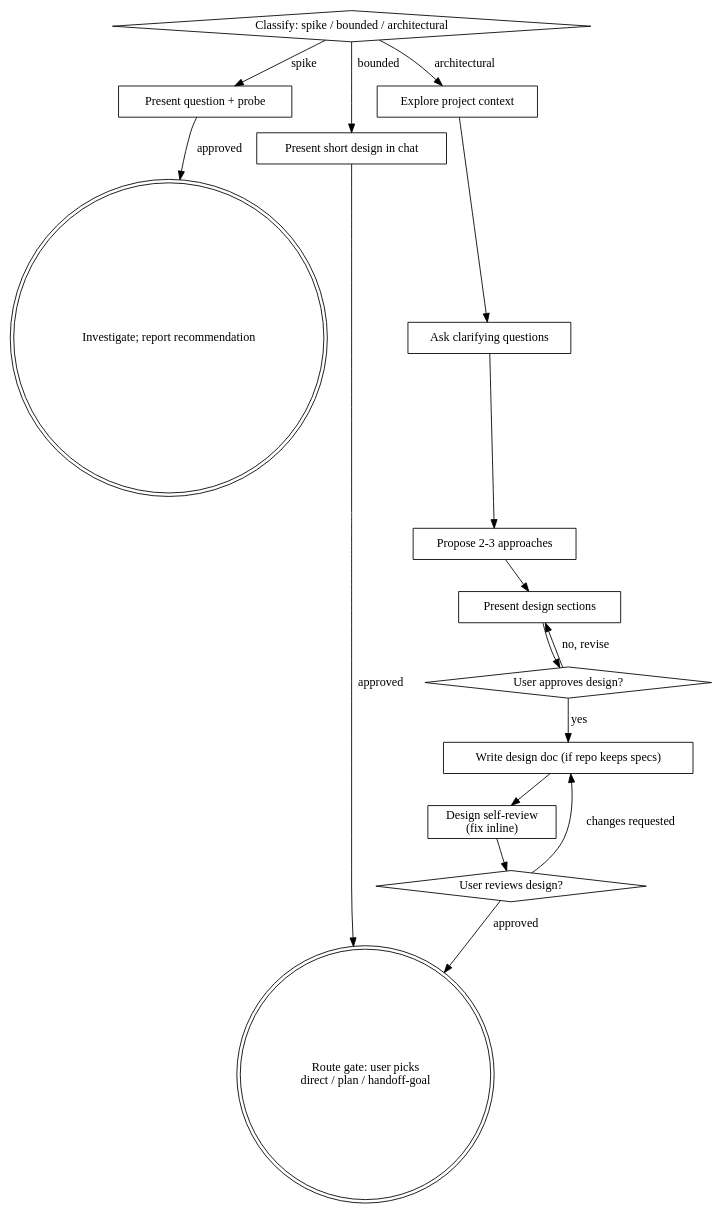
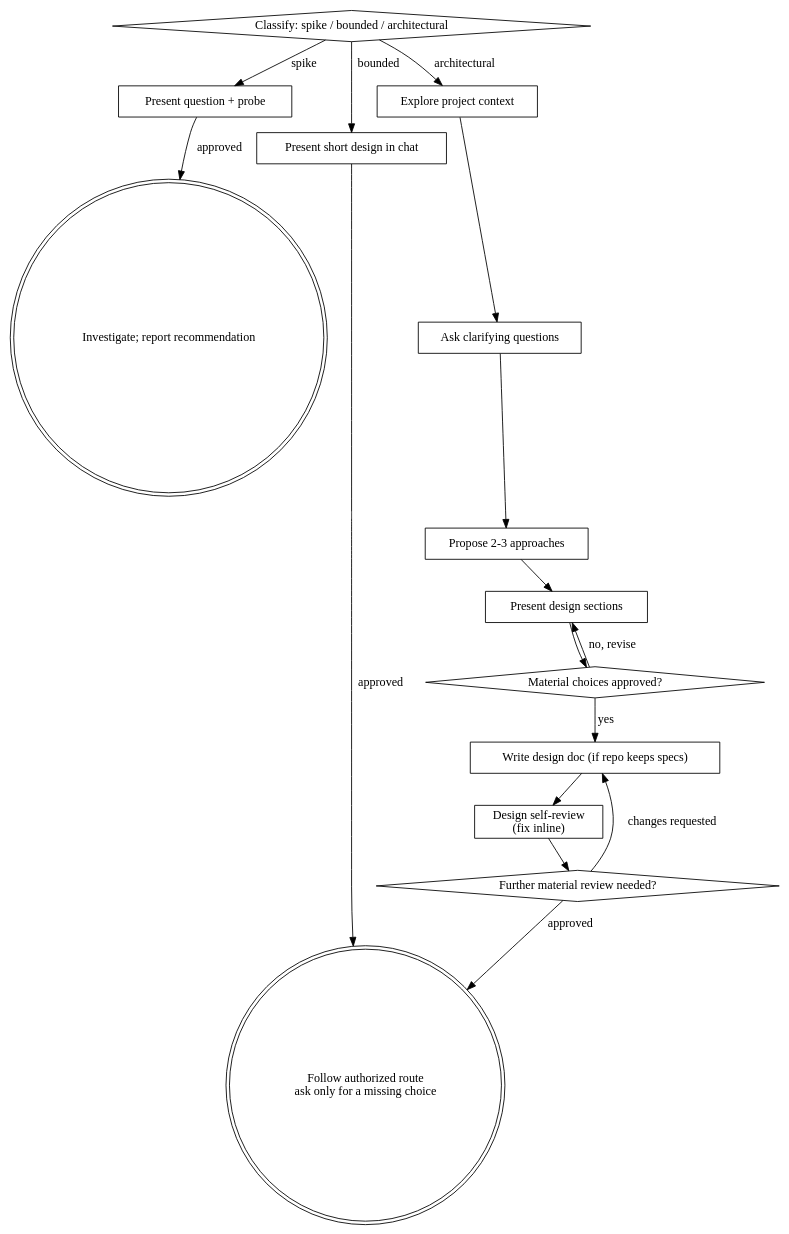
One commit to giostriquer/workshop changed the diagram in plugins/workbench/skills/brainstorming/SKILL.md. Above: the diagram before and after it, drawn with Graphviz. The commit also changed other lines of this file and 69 other files, not shown here.

````diff
--- a/plugins/workbench/skills/brainstorming/SKILL.md
+++ b/plugins/workbench/skills/brainstorming/SKILL.md
@@ -100,33 +96,33 @@
 ```dot
 digraph brainstorming {
     "Classify: spike / bounded / architectural" [shape=diamond];
     "Present question + probe" [shape=box];
     "Investigate; report recommendation" [shape=doublecircle];
     "Present short design in chat" [shape=box];
     "Explore project context" [shape=box];
     "Ask clarifying questions" [shape=box];
     "Propose 2-3 approaches" [shape=box];
     "Present design sections" [shape=box];
-    "User approves design?" [shape=diamond];
+    "Material choices approved?" [shape=diamond];
     "Write design doc (if repo keeps specs)" [shape=box];
     "Design self-review\n(fix inline)" [shape=box];
-    "User reviews design?" [shape=diamond];
-    "Route gate: user picks\ndirect / plan / handoff-goal" [shape=doublecircle];
+    "Further material review needed?" [shape=diamond];
+    "Follow authorized route\nask only for a missing choice" [shape=doublecircle];
 
     "Classify: spike / bounded / architectural" -> "Present question + probe" [label="spike"];
     "Classify: spike / bounded / architectural" -> "Present short design in chat" [label="bounded"];
     "Classify: spike / bounded / architectural" -> "Explore project context" [label="architectural"];
     "Present question + probe" -> "Investigate; report recommendation" [label="approved"];
-    "Present short design in chat" -> "Route gate: user picks\ndirect / plan / handoff-goal" [label="approved"];
+    "Present short design in chat" -> "Follow authorized route\nask only for a missing choice" [label="approved"];
     "Explore project context" -> "Ask clarifying questions";
     "Ask clarifying questions" -> "Propose 2-3 approaches";
     "Propose 2-3 approaches" -> "Present design sections";
-    "Present design sections" -> "User approves design?";
-    "User approves design?" -> "Present design sections" [label="no, revise"];
-    "User approves design?" -> "Write design doc (if repo keeps specs)" [label="yes"];
+    "Present design sections" -> "Material choices approved?";
+    "Material choices approved?" -> "Present design sections" [label="no, revise"];
+    "Material choices approved?" -> "Write design doc (if repo keeps specs)" [label="yes"];
     "Write design doc (if repo keeps specs)" -> "Design self-review\n(fix inline)";
-    "Design self-review\n(fix inline)" -> "User reviews design?";
-    "User reviews design?" -> "Write design doc (if repo keeps specs)" [label="changes requested"];
-    "User reviews design?" -> "Route gate: user picks\ndirect / plan / handoff-goal" [label="approved"];
+    "Design self-review\n(fix inline)" -> "Further material review needed?";
+    "Further material review needed?" -> "Write design doc (if repo keeps specs)" [label="changes requested"];
+    "Further material review needed?" -> "Follow authorized route\nask only for a missing choice" [label="approved"];
 }
 ```
````
